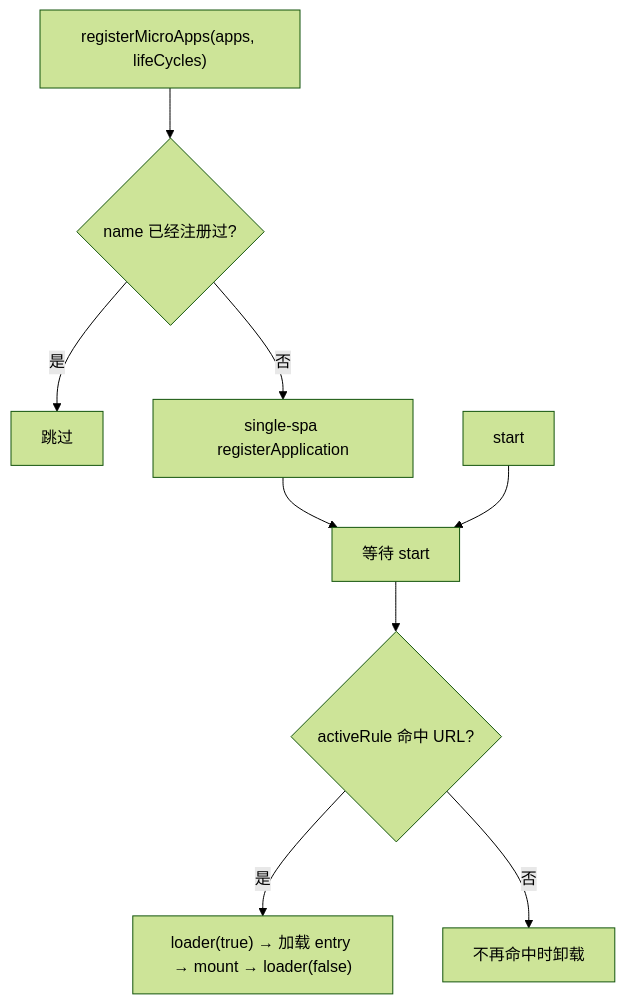
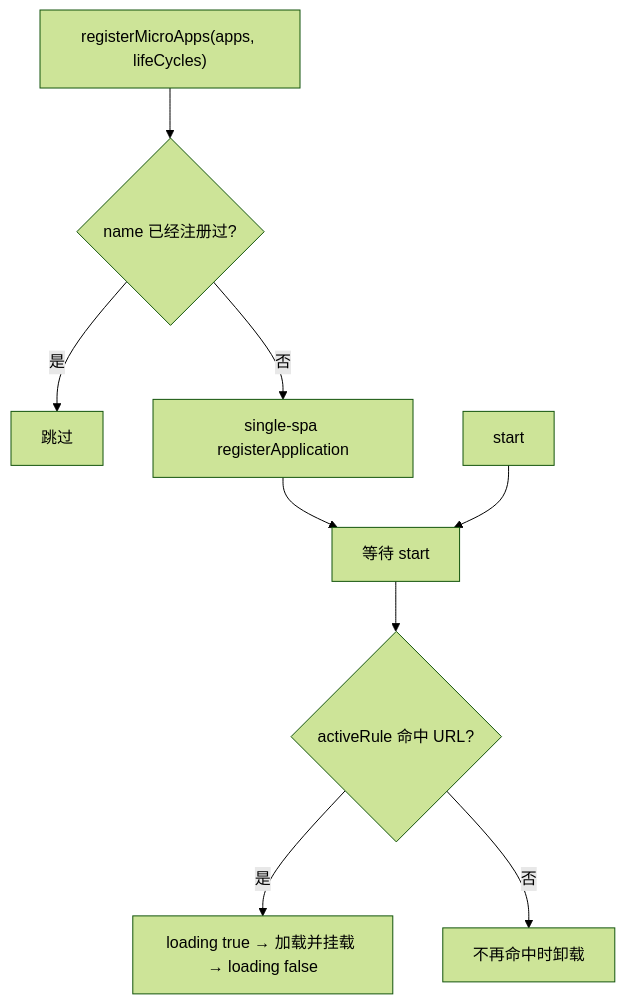
One commit to umijs/qiankun changed the diagram in docs/zh-CN/api/register-micro-apps.md. Above: the diagram before and after it, drawn with Mermaid (forest theme). The commit also changed other lines of this file and 89 other files, not shown here.

````diff
--- a/docs/zh-CN/api/register-micro-apps.md
+++ b/docs/zh-CN/api/register-micro-apps.md
@@ -106,11 +108,11 @@
 ```mermaid
 flowchart TD
   A["registerMicroApps(apps, lifeCycles)"] --> B{"name 已经注册过?"}
   B -- 是 --> C["跳过"]
   B -- 否 --> D["single-spa registerApplication"]
   D --> E["等待 start"]
   F["start"] --> E
   E --> G{"activeRule 命中 URL?"}
-  G -- 是 --> H["loader(true) → 加载 entry → mount → loader(false)"]
+  G -- 是 --> H["loading true → 加载并挂载 → loading false"]
   G -- 否 --> I["不再命中时卸载"]
 ```
````
